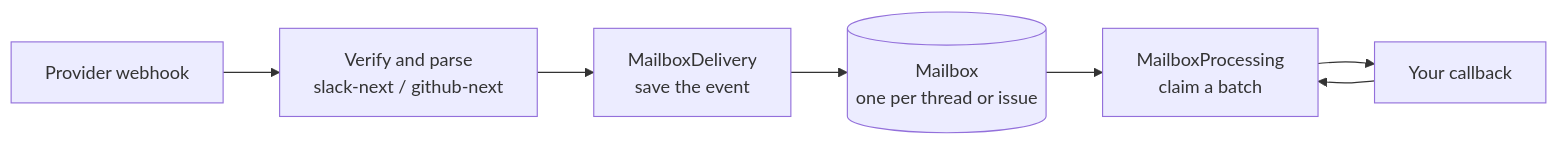
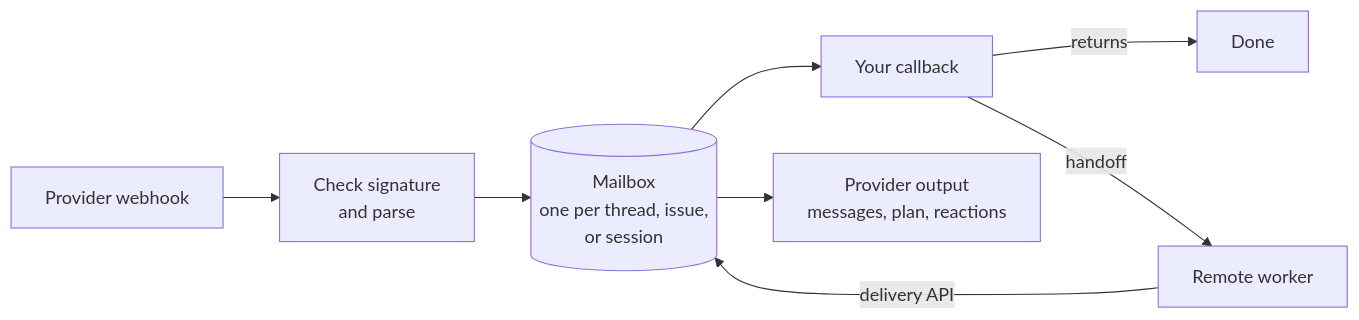
The first of 2 diagrams in README.md (humanlayer/effect-channels), drawn with Mermaid before and after one commit. The commit also changed other lines of this file and 453 other files, not shown here.

````diff
--- a/README.md
+++ b/README.md
@@ -9,9 +27,10 @@
 ```mermaid
 flowchart LR
-  W[Provider webhook] --> V[Verify and parse<br/>slack-next / github-next]
-  V --> D[MailboxDelivery<br/>save the event]
-  D --> M[(Mailbox<br/>one per thread or issue)]
-  M --> P[MailboxProcessing<br/>claim a batch]
-  P --> C[Your callback]
-  C --> P
+  W[Provider webhook] --> V[Check signature<br/>and parse]
+  V --> M[(Mailbox<br/>one per thread, issue,<br/>or session)]
+  M --> C[Your callback]
+  C -- returns --> Done[Done]
+  C -- handoff --> R[Remote worker]
+  R -- delivery API --> M
+  M --> O[Provider output<br/>messages, plan, reactions]
 ```
````
